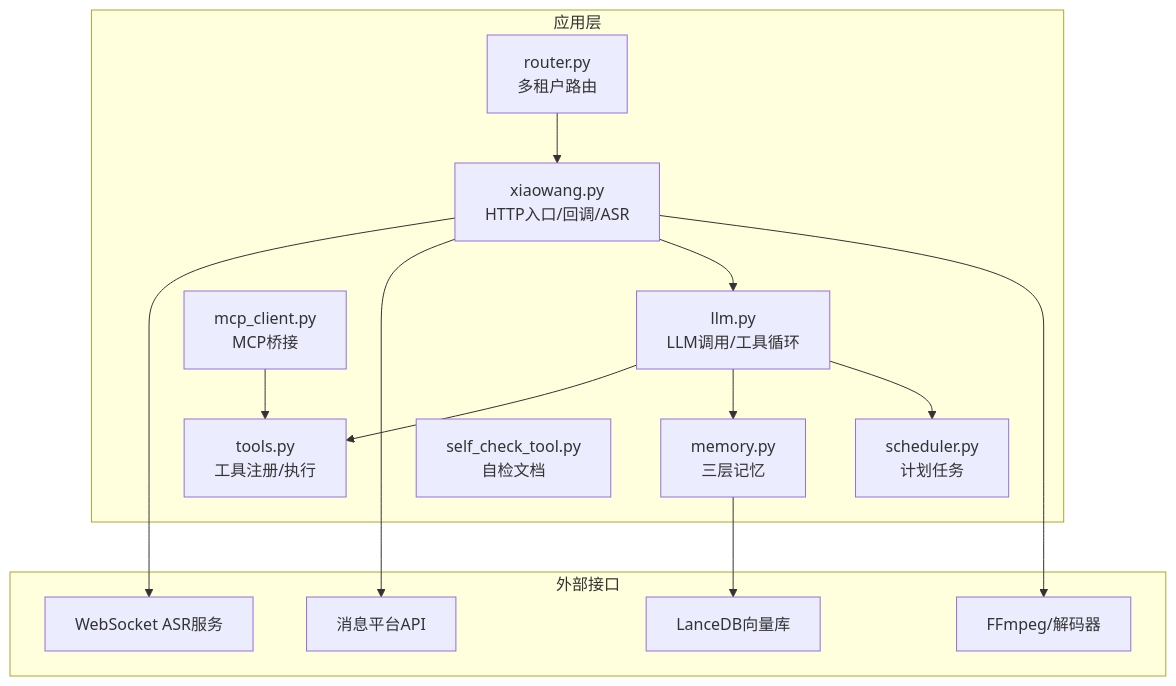
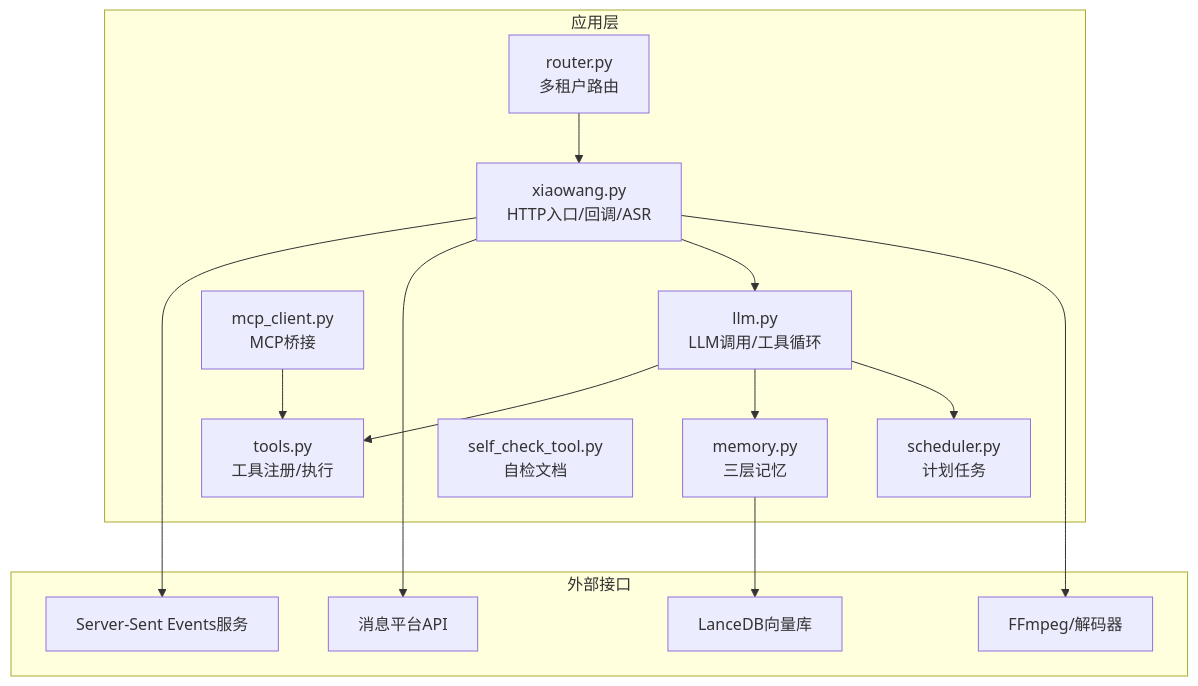
Before and after one commit to HanHuiOnLine/724-office: the first of 6 diagrams in .qoder/repowiki/zh/content/API参考/WebSocket API.md, drawn with Mermaid. The commit also changed other lines of this file and 5 other files, not shown here.

Commit message:
websocket to sse, web ui change

````diff
--- a/.qoder/repowiki/zh/content/API参考/WebSocket API.md
+++ b/.qoder/repowiki/zh/content/API参考/WebSocket API.md
@@ -42,29 +58,29 @@
 ```mermaid
 graph TB
 subgraph "应用层"
 XW["xiaowang.py<br/>HTTP入口/回调/ASR"]
 LLM["llm.py<br/>LLM调用/工具循环"]
 TOOLS["tools.py<br/>工具注册/执行"]
 MEM["memory.py<br/>三层记忆"]
 SCH["scheduler.py<br/>计划任务"]
 ROUTER["router.py<br/>多租户路由"]
 MCP["mcp_client.py<br/>MCP桥接"]
 DOC["self_check_tool.py<br/>自检文档"]
 end
 subgraph "外部接口"
-WS["WebSocket ASR服务"]
+SSE["Server-Sent Events服务"]
 MSG["消息平台API"]
 LDB["LanceDB向量库"]
 FF["FFmpeg/解码器"]
 end
-XW --> WS
+XW --> SSE
 XW --> MSG
 XW --> LLM
 LLM --> TOOLS
 LLM --> MEM
 LLM --> SCH
 ROUTER --> XW
 MCP --> TOOLS
 MEM --> LDB
 XW --> FF
 ```
````
